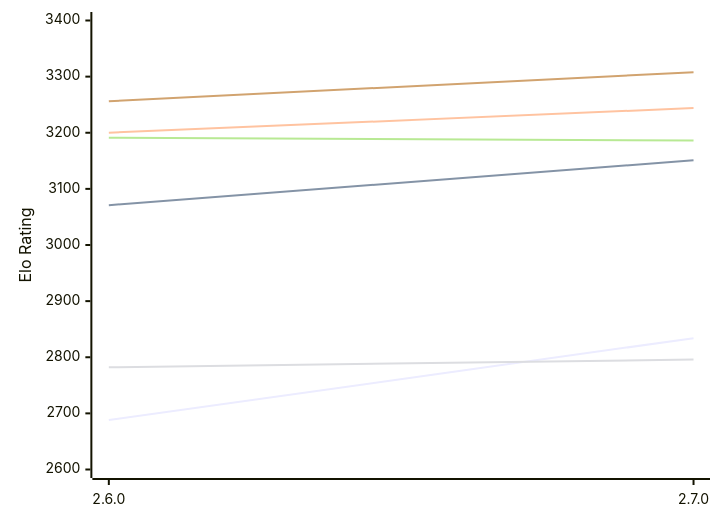
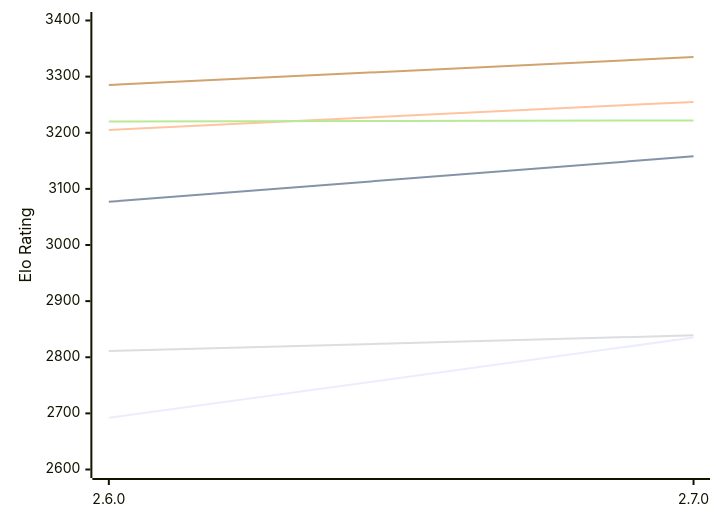
The first of 2 diagrams in engines/Sturddle2.md (computer-chess-index/cci), drawn with Mermaid before and after one commit. The commit also changed other lines of this file, not shown here.

Commit message:
Update CCI Ratings (ELO VLTC) - 2026-10-21

````diff
--- a/engines/Sturddle2.md
+++ b/engines/Sturddle2.md
@@ -51,12 +51,12 @@
 ```mermaid
 %%{init: {"theme":"base","themeVariables":{"seriesColors:['#a3a3a3','#222221','#faa371']}}}%%
 xychart-beta
   x-axis ["2.6.0", "2.7.0"]
   y-axis "Elo Rating" 2600 --> 3400
-  line "E1: STC (8.0+0.08s)" [2688, 2834]
-  line "E1: LTC (60.0+0.60s)" [3071, 3151]
-  line "E1: VLTC (2m24s+1.12s)" [3200, 3244]
-  line "P1: STC (8.0+0.08s)" [2782, 2796]
-  line "P1: LTC (60.0+0.60s)" [3191, 3186]
-  line "P1: VLTC (2m24s+1.12s)" [3256, 3308]
+  line "E1: STC (8.0+0.08s)" [2692, 2835]
+  line "E1: LTC (60.0+0.60s)" [3077, 3158]
+  line "E1: VLTC (2m24s+1.12s)" [3205, 3255]
+  line "P1: STC (8.0+0.08s)" [2811, 2839]
+  line "P1: LTC (60.0+0.60s)" [3220, 3222]
+  line "P1: VLTC (2m24s+1.12s)" [3285, 3335]
 ```
````
